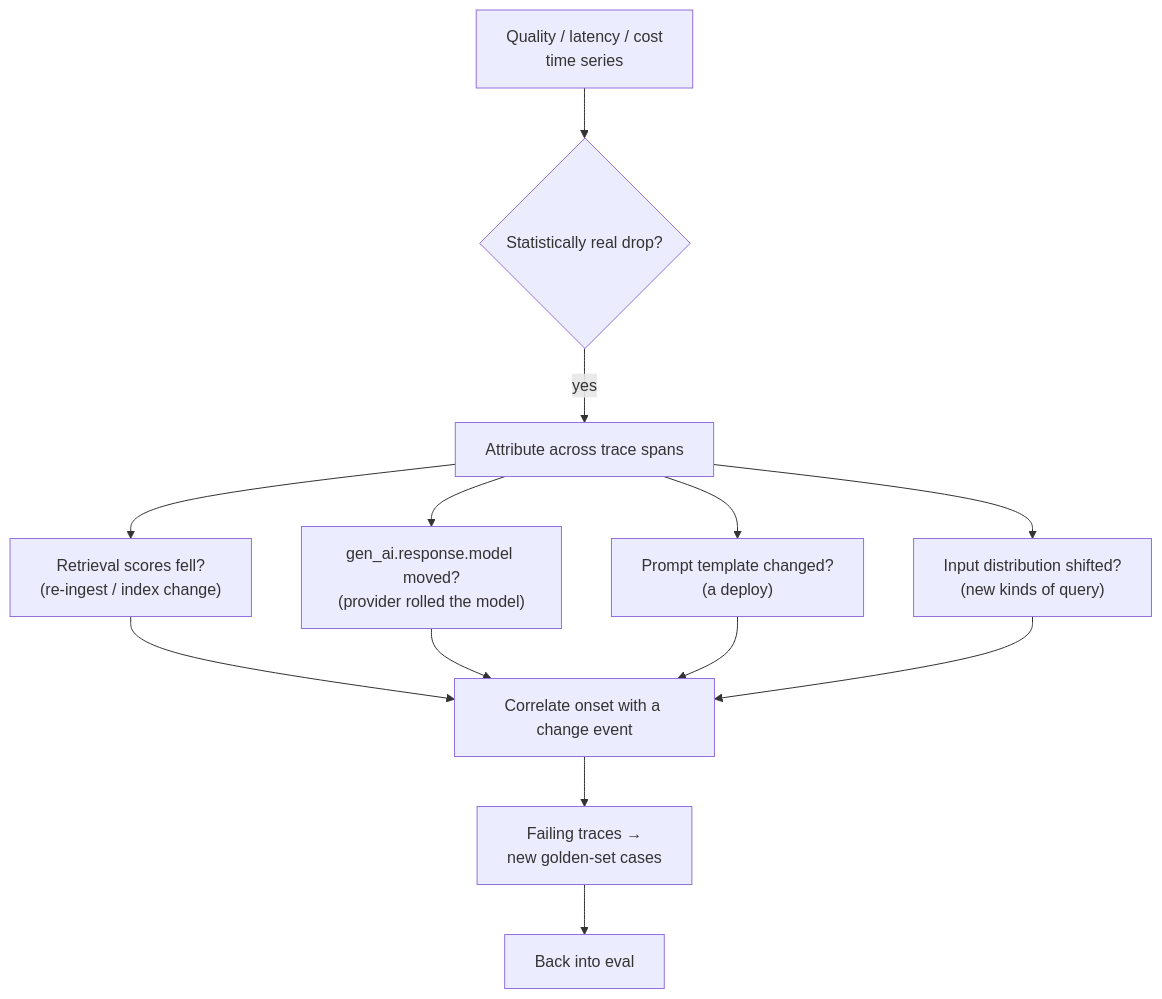
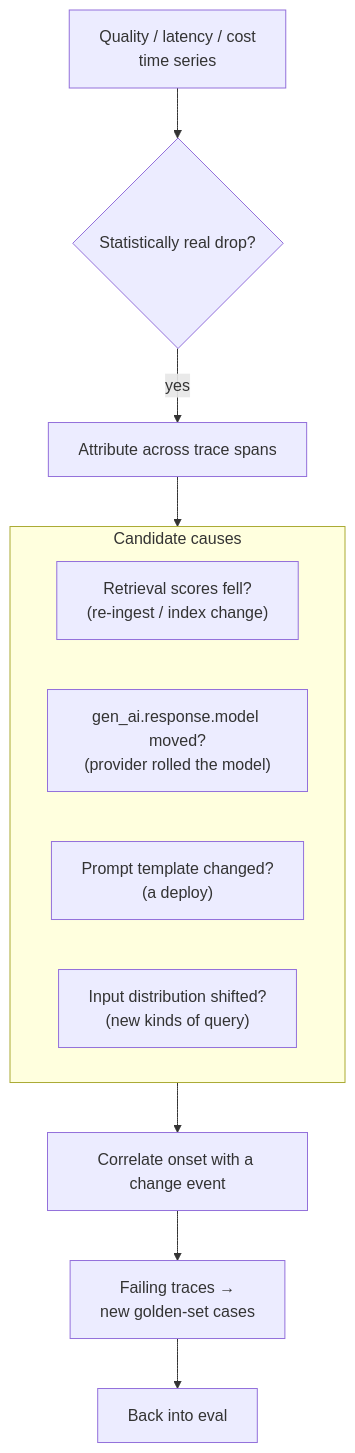
Before and after one commit to NikolaiSachok/ai-engineering-handbook: the second of 2 diagrams in docs/part-1-rag/cross-cutting/observability/deep-dive.md, drawn with Mermaid. The commit also changed 75 other files, not shown here.

First line of the commit message:
fix(diagrams): re-author wide diagrams, and measure the three locales the gate never saw (#441)

````diff
--- a/docs/part-1-rag/cross-cutting/observability/deep-dive.md
+++ b/docs/part-1-rag/cross-cutting/observability/deep-dive.md
@@ -61,15 +61,16 @@
 ```mermaid
 flowchart TB
     M["Quality / latency / cost<br/>time series"] --> DR{"Statistically real drop?"}
     DR -->|"yes"| A["Attribute across trace spans"]
-    A --> C1["Retrieval scores fell?<br/>(re-ingest / index change)"]
-    A --> C2["gen_ai.response.model moved?<br/>(provider rolled the model)"]
-    A --> C3["Prompt template changed?<br/>(a deploy)"]
-    A --> C4["Input distribution shifted?<br/>(new kinds of query)"]
-    C1 --> CE["Correlate onset with a change event"]
-    C2 --> CE
-    C3 --> CE
-    C4 --> CE
+    A --> Causes
+    subgraph Causes["Candidate causes"]
+        direction LR
+        C1["Retrieval scores fell?<br/>(re-ingest / index change)"]
+        C2["gen_ai.response.model moved?<br/>(provider rolled the model)"]
+        C3["Prompt template changed?<br/>(a deploy)"]
+        C4["Input distribution shifted?<br/>(new kinds of query)"]
+    end
+    Causes --> CE["Correlate onset with a change event"]
     CE --> F["Failing traces →<br/>new golden-set cases"]
     F --> E["Back into eval"]
 ```
````
